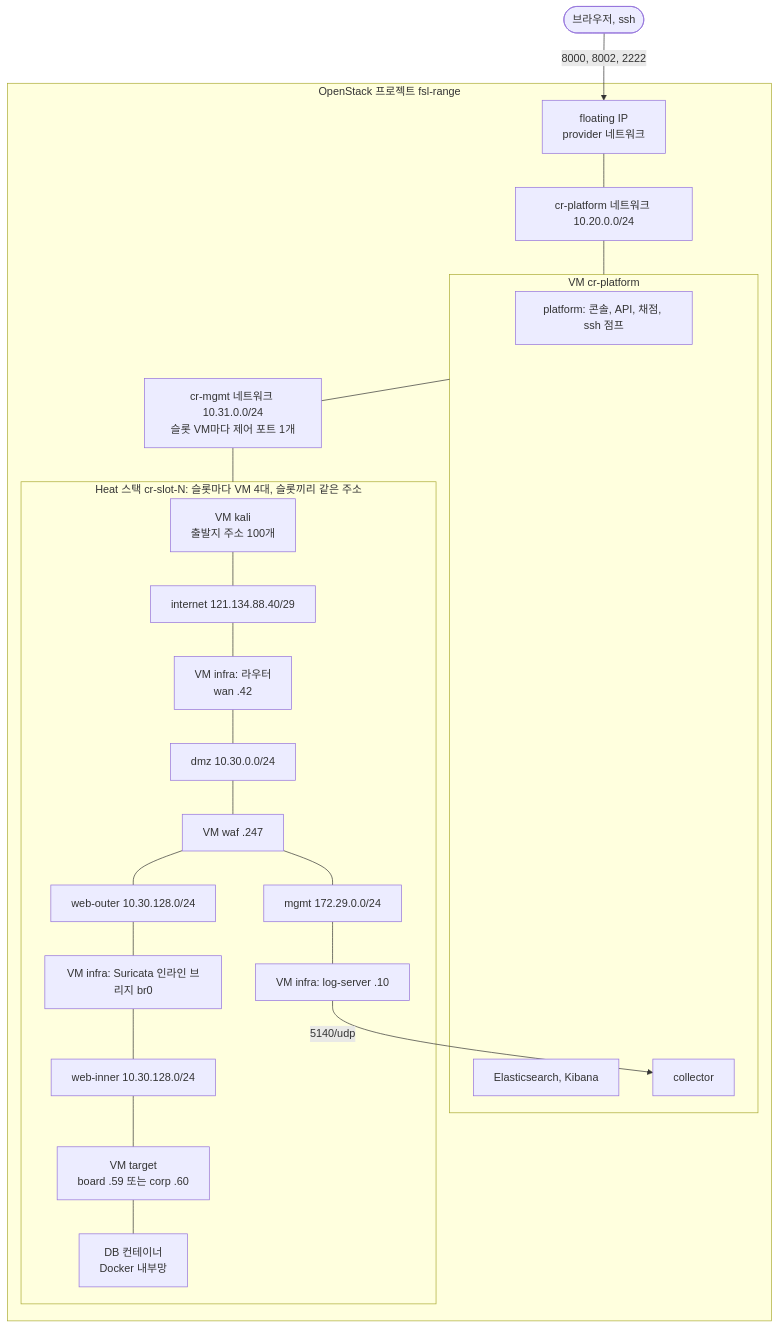
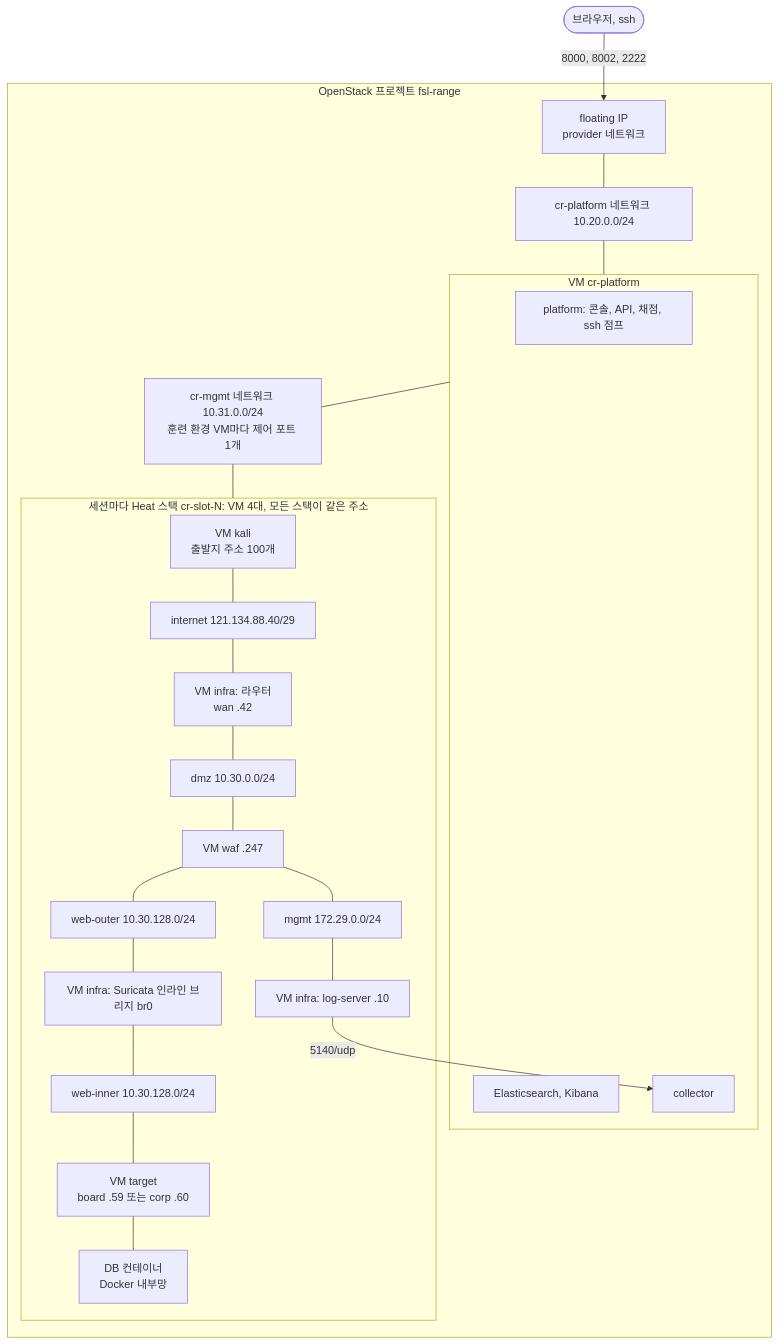
One commit to Nekonic/fsl-project-mvp changed the diagram in README.md. Above: the diagram before and after it, drawn with Mermaid. The commit also changed other lines of this file and 1 other file, not shown here.

First line of the commit message:
Docs: README and ARCHITECTURE call the range unit the session's stack; glossary defines the stack number

````diff
--- a/README.md
+++ b/README.md
@@ -32,29 +32,29 @@
 ```mermaid
 flowchart TB
   user(["브라우저, ssh"]) -->|"8000, 8002, 2222"| fip["floating IP<br/>provider 네트워크"]
   subgraph os["OpenStack 프로젝트 fsl-range"]
     fip --- pnet["cr-platform 네트워크 10.20.0.0/24"]
     pnet --- pvm
     subgraph pvm["VM cr-platform"]
       platform["platform: 콘솔, API, 채점, ssh 점프"]
       elk["Elasticsearch, Kibana"]
       collector["collector"]
     end
-    pvm --- mgmt["cr-mgmt 네트워크 10.31.0.0/24<br/>슬롯 VM마다 제어 포트 1개"]
+    pvm --- mgmt["cr-mgmt 네트워크 10.31.0.0/24<br/>훈련 환경 VM마다 제어 포트 1개"]
     mgmt --- stack
-    subgraph stack["Heat 스택 cr-slot-N: 슬롯마다 VM 4대, 슬롯끼리 같은 주소"]
+    subgraph stack["세션마다 Heat 스택 cr-slot-N: VM 4대, 모든 스택이 같은 주소"]
       kali["VM kali<br/>출발지 주소 100개"] --- inet["internet 121.134.88.40/29"]
       inet --- edge["VM infra: 라우터<br/>wan .42"]
       edge --- dmz["dmz 10.30.0.0/24"]
       dmz --- waf["VM waf .247"]
       waf --- outer["web-outer 10.30.128.0/24"]
       outer --- ids["VM infra: Suricata 인라인 브리지 br0"]
       ids --- inner["web-inner 10.30.128.0/24"]
       inner --- target["VM target<br/>board .59 또는 corp .60"]
       target --- db["DB 컨테이너<br/>Docker 내부망"]
       waf --- smgmt["mgmt 172.29.0.0/24"]
       smgmt --- logsrv["VM infra: log-server .10"]
     end
     logsrv -->|"5140/udp"| collector
   end
 ```
````
